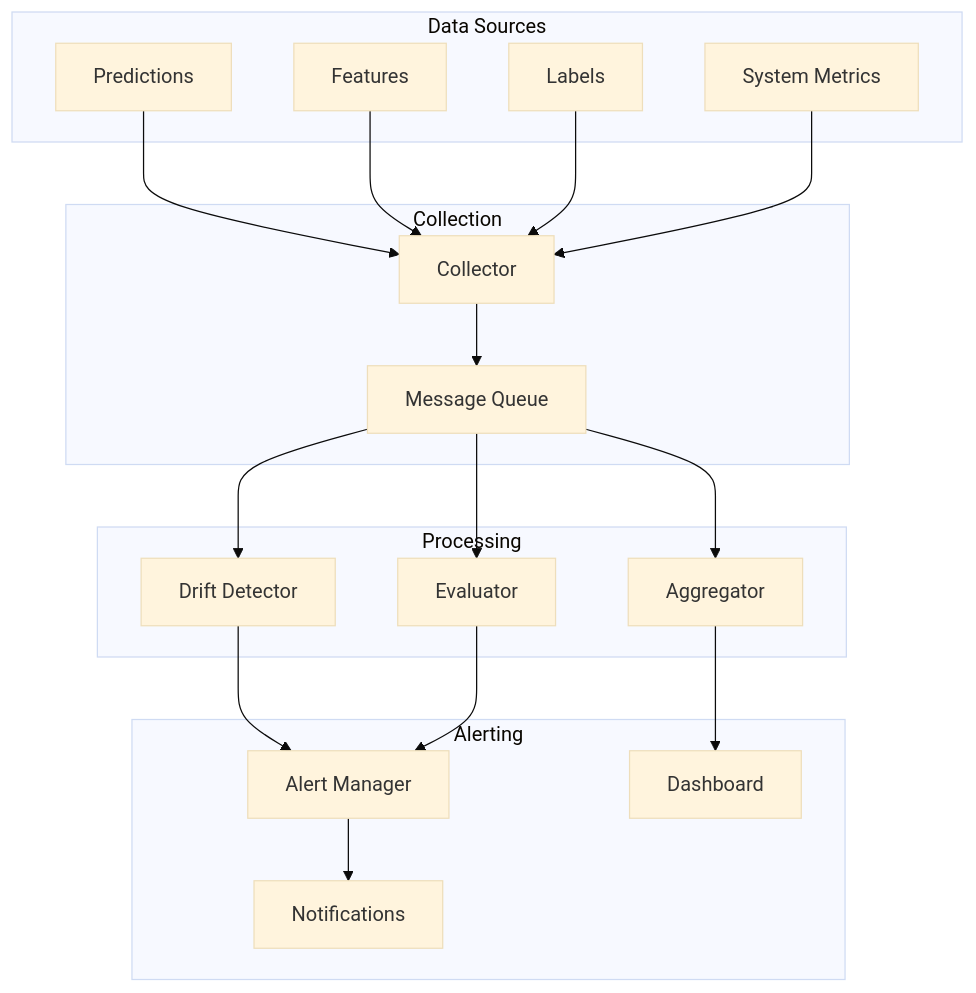
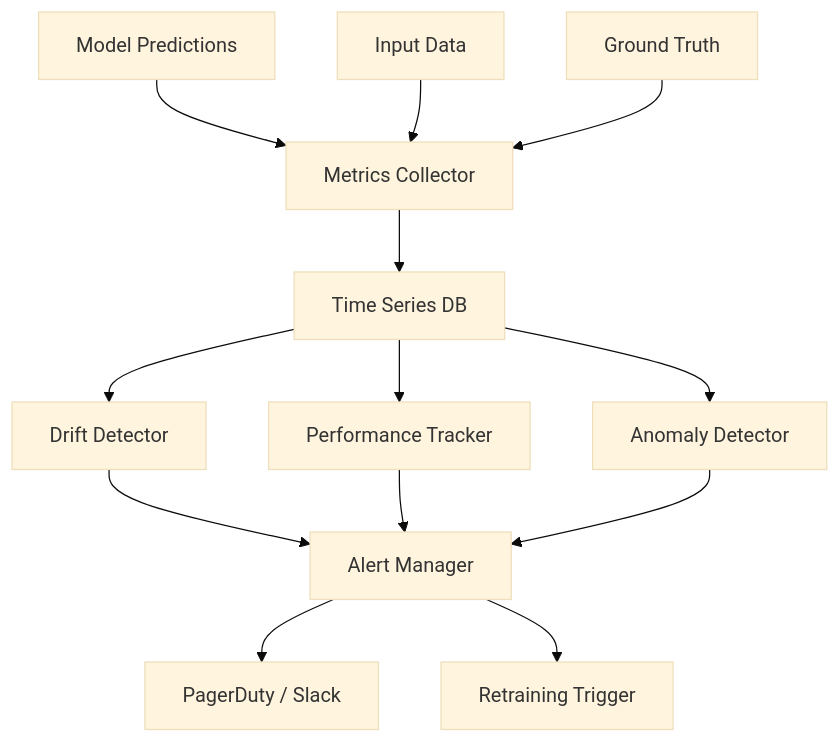
The diagram in src/ml/system-design/monitoring.md (vanos001/placement_prep), drawn with Mermaid (base theme) before and after one commit. The commit also changed other lines of this file and 13 other files, not shown here.

````diff
--- a/src/ml/system-design/monitoring.md
+++ b/src/ml/system-design/monitoring.md
@@ -9,39 +9,15 @@
 ```mermaid
-graph TB
-    subgraph "Data Sources"
-        P[Predictions]
-        F[Features]
-        L[Labels]
-        S[System Metrics]
-    end
-    
-    subgraph "Collection"
-        C[Collector]
-        Q[Message Queue]
-    end
-    
-    subgraph "Processing"
-        A[Aggregator]
-        D[Drift Detector]
-        E[Evaluator]
-    end
-    
-    subgraph "Alerting"
-        AL[Alert Manager]
-        NO[Notifications]
-        DB[Dashboard]
-    end
-    
-    P --> C
-    F --> C
-    L --> C
-    S --> C
-    C --> Q
-    Q --> A
-    Q --> D
-    Q --> E
-    A --> DB
-    D --> AL
-    E --> AL
-    AL --> NO
+graph TD
+    A[Model Predictions] --> B[Metrics Collector]
+    C[Input Data] --> B
+    D[Ground Truth] --> B
+    B --> E[Time Series DB]
+    E --> F[Drift Detector]
+    E --> G[Performance Tracker]
+    E --> H[Anomaly Detector]
+    F --> I[Alert Manager]
+    G --> I
+    H --> I
+    I --> J[PagerDuty / Slack]
+    I --> K[Retraining Trigger]
 ```
````
